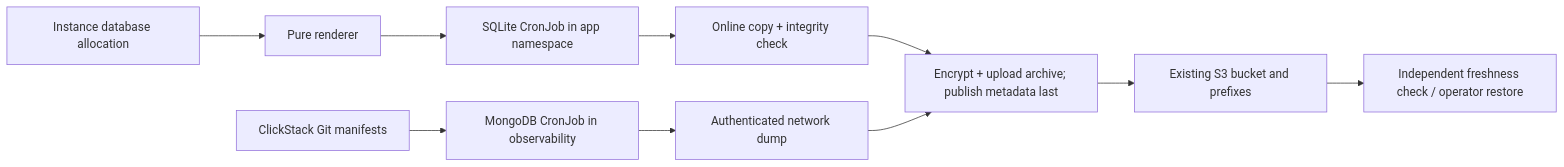
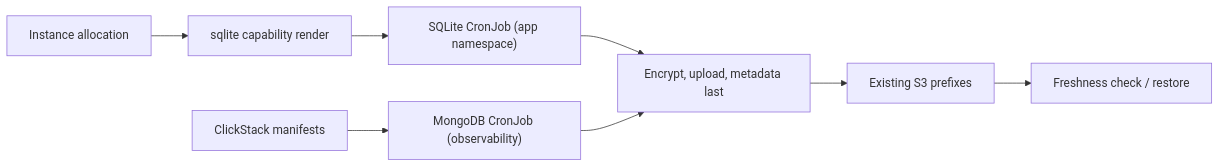
The tenth of 10 diagrams in docs/plan.md (samclement/swhurl-platform), drawn with Mermaid before and after one commit. The commit also changed other lines of this file and 1 other file, not shown here.

```diff
--- a/docs/plan.md
+++ b/docs/plan.md
@@ -1765,12 +1666,10 @@
 ~~~mermaid
 flowchart LR
-  inputs["Instance database allocation"] --> render["Pure renderer"]
-  render --> sqlite["SQLite CronJob in app namespace"]
-  clickstack["ClickStack Git manifests"] --> mongo["MongoDB CronJob in observability"]
-  sqlite --> copy["Online copy + integrity check"]
-  mongo --> dump["Authenticated network dump"]
-  copy --> publish["Encrypt + upload archive; publish metadata last"]
-  dump --> publish
-  publish --> s3["Existing S3 bucket and prefixes"]
-  s3 --> verify["Independent freshness check / operator restore"]
+  alloc["Instance allocation"] --> render["sqlite capability render"]
+  render --> sqlite["SQLite CronJob (app namespace)"]
+  git["ClickStack manifests"] --> mongo["MongoDB CronJob (observability)"]
+  sqlite --> pub["Encrypt, upload, metadata last"]
+  mongo --> pub
+  pub --> s3["Existing S3 prefixes"]
+  s3 --> check["Freshness check / restore"]
 ~~~
```
